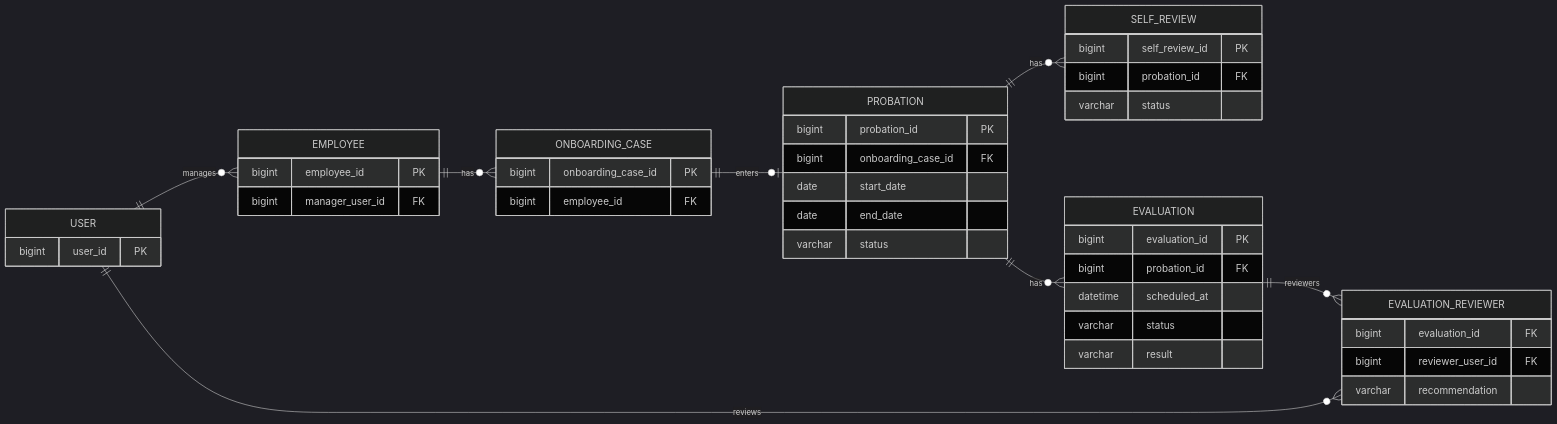
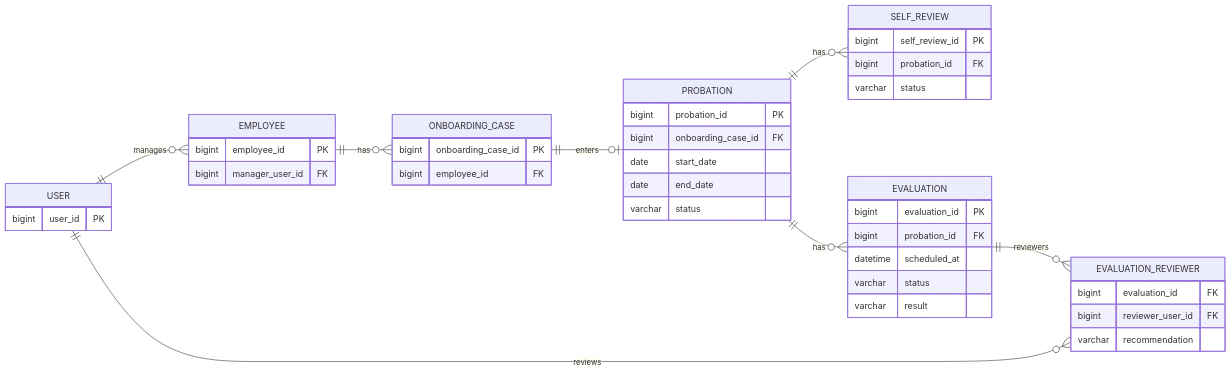
One commit to Huy1801214/HR changed the seventh of 7 diagrams in docs/README.md. Above: the diagram before and after it, drawn with Mermaid. The commit also changed other lines of this file and 1 other file, not shown here.

Commit message:
add onboarding process BPMN diagram and comprehensive ERD documentation

````diff
--- a/docs/README.md
+++ b/docs/README.md
@@ -431,74 +418,61 @@
 ```mermaid
-%%{init: {
-  "theme": "dark",
-  "themeVariables": {
-    "fontSize": "18px"
-  },
-  "er": {
-    "diagramPadding": 40,
-    "entityPadding": 20,
-    "minEntityWidth": 220,
-    "minEntityHeight": 80
-  }
-}}%%
-
 erDiagram
     direction LR
 
     USER {
         bigint user_id PK
     }
 
     EMPLOYEE {
         bigint employee_id PK
         bigint manager_user_id FK
     }
 
     ONBOARDING_CASE {
         bigint onboarding_case_id PK
         bigint employee_id FK
     }
 
     PROBATION {
         bigint probation_id PK
         bigint onboarding_case_id FK
         date start_date
         date end_date
         varchar status
     }
 
     SELF_REVIEW {
         bigint self_review_id PK
         bigint probation_id FK
         varchar status
     }
 
     EVALUATION {
         bigint evaluation_id PK
         bigint probation_id FK
         datetime scheduled_at
         varchar status
         varchar result
     }
 
     EVALUATION_REVIEWER {
         bigint evaluation_id FK
         bigint reviewer_user_id FK
         varchar recommendation
     }
 
 
     USER ||--o{ EMPLOYEE : manages
 
     EMPLOYEE ||--o{ ONBOARDING_CASE : has
 
     ONBOARDING_CASE ||--o| PROBATION : enters
 
     PROBATION ||--o{ SELF_REVIEW : has
 
     PROBATION ||--o{ EVALUATION : has
 
     EVALUATION ||--o{ EVALUATION_REVIEWER : reviewers
 
     USER ||--o{ EVALUATION_REVIEWER : reviews
 ```
````
